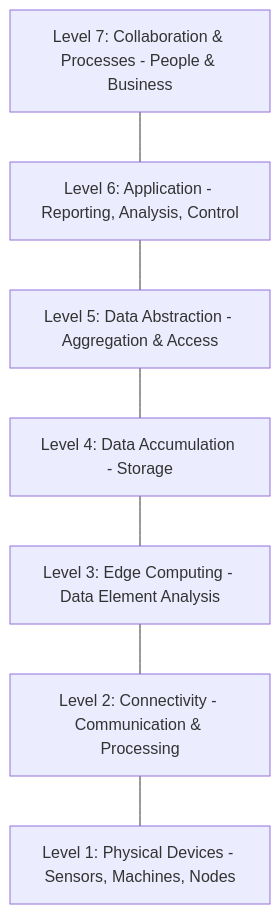
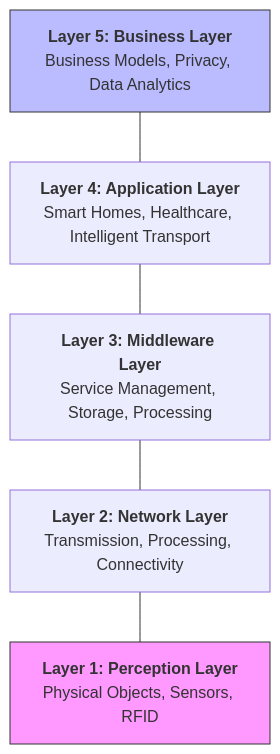
Before and after one commit to djmahe4/ktu-mindmaps: the second of 3 diagrams in s6/iot/ie1.md, drawn with Mermaid. The commit also changed other lines of this file, not shown here.

First line of the commit message:
Revise IoT architectural view to 5-layer model

````diff
--- a/s6/iot/ie1.md
+++ b/s6/iot/ie1.md
@@ -110,11 +112,12 @@
 ```mermaid
 graph TD
-    L7[Level 7: Collaboration & Processes - People & Business]
-    L6[Level 6: Application - Reporting, Analysis, Control]
-    L5[Level 5: Data Abstraction - Aggregation & Access]
-    L4[Level 4: Data Accumulation - Storage]
-    L3[Level 3: Edge Computing - Data Element Analysis]
-    L2[Level 2: Connectivity - Communication & Processing]
-    L1[Level 1: Physical Devices - Sensors, Machines, Nodes]
-    L7 --- L6 --- L5 --- L4 --- L3 --- L2 --- L1
+    L5[<b>Layer 5: Business Layer</b><br/>Business Models, Privacy, Data Analytics] 
+    L4[<b>Layer 4: Application Layer</b><br/>Smart Homes, Healthcare, Intelligent Transport]
+    L3[<b>Layer 3: Middleware Layer</b><br/>Service Management, Storage, Processing]
+    L2[<b>Layer 2: Network Layer</b><br/>Transmission, Processing, Connectivity]
+    L1[<b>Layer 1: Perception Layer</b><br/>Physical Objects, Sensors, RFID]
+
+    L5 --- L4 --- L3 --- L2 --- L1
+    style L1 fill:#f9f,stroke:#333
+    style L5 fill:#bbf,stroke:#333
 ```
````
